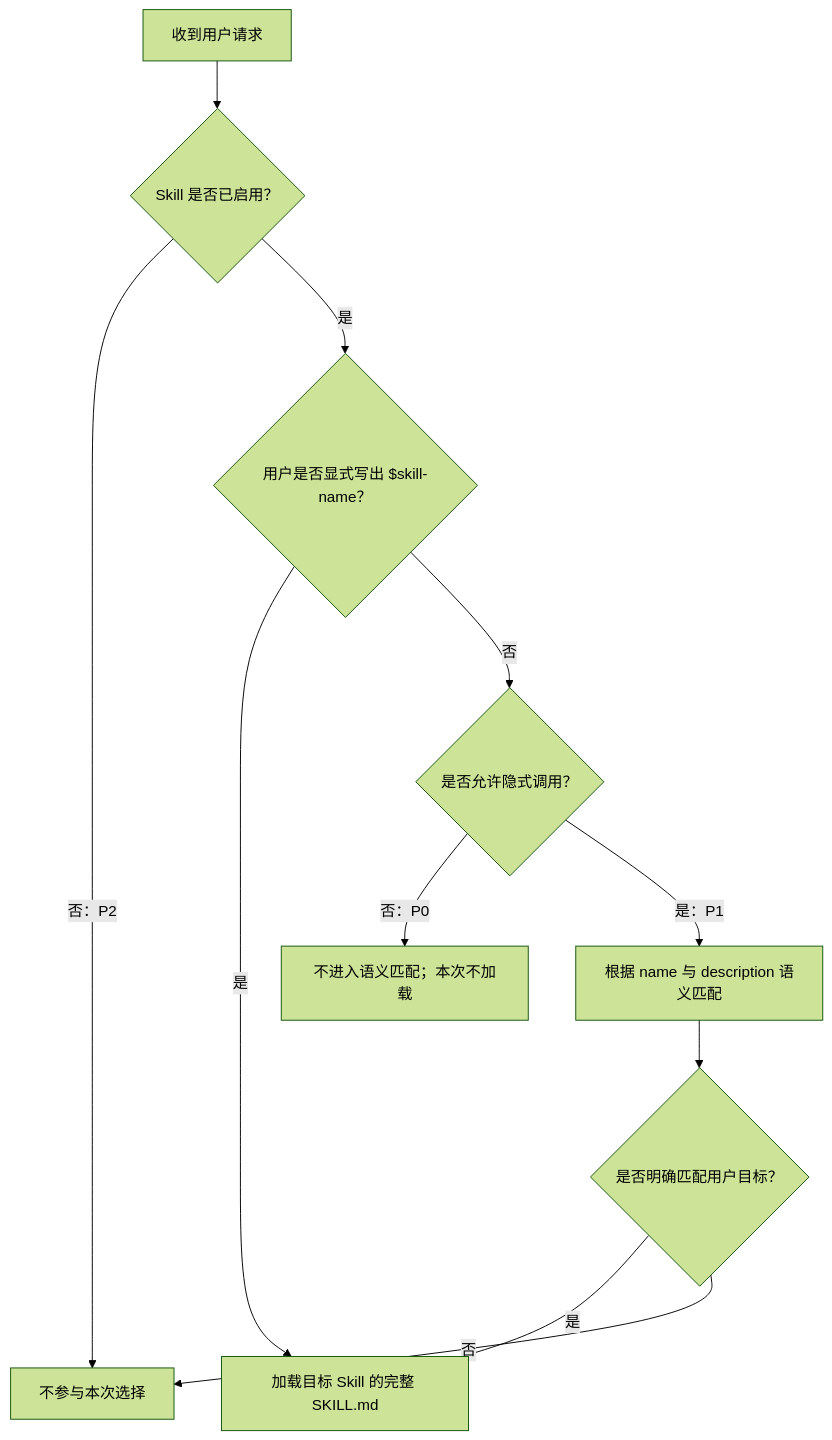
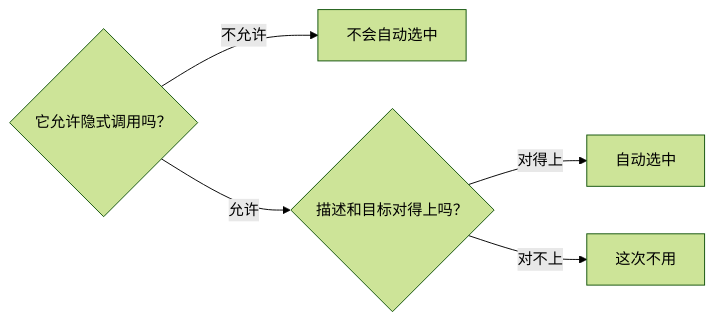
The diagram in docs/skill-priority.md (treefolk-ai/skills), drawn with Mermaid (forest theme) before and after one commit. The commit also changed other lines of this file and 3 other files, not shown here.

````diff
--- a/docs/skill-priority.md
+++ b/docs/skill-priority.md
@@ -21,13 +19,7 @@
 ```mermaid
-flowchart TD
-    request["收到用户请求"] --> enabled{"Skill 是否已启用？"}
-    enabled -- "否：P2" --> skip["不参与本次选择"]
-    enabled -- "是" --> explicit{"用户是否显式写出 $skill-name？"}
-    explicit -- "是" --> load["加载目标 Skill 的完整 SKILL.md"]
-    explicit -- "否" --> implicit{"是否允许隐式调用？"}
-    implicit -- "否：P0" --> wait["不进入语义匹配；本次不加载"]
-    implicit -- "是：P1" --> match["根据 name 与 description 语义匹配"]
-    match --> selected{"是否明确匹配用户目标？"}
-    selected -- "是" --> load
-    selected -- "否" --> skip
+flowchart LR
+    allow{"它允许隐式调用吗？"} -- "不允许" --> skip["不会自动选中"]
+    allow -- "允许" --> match{"描述和目标对得上吗？"}
+    match -- "对得上" --> auto["自动选中"]
+    match -- "对不上" --> miss["这次不用"]
 ```
````
